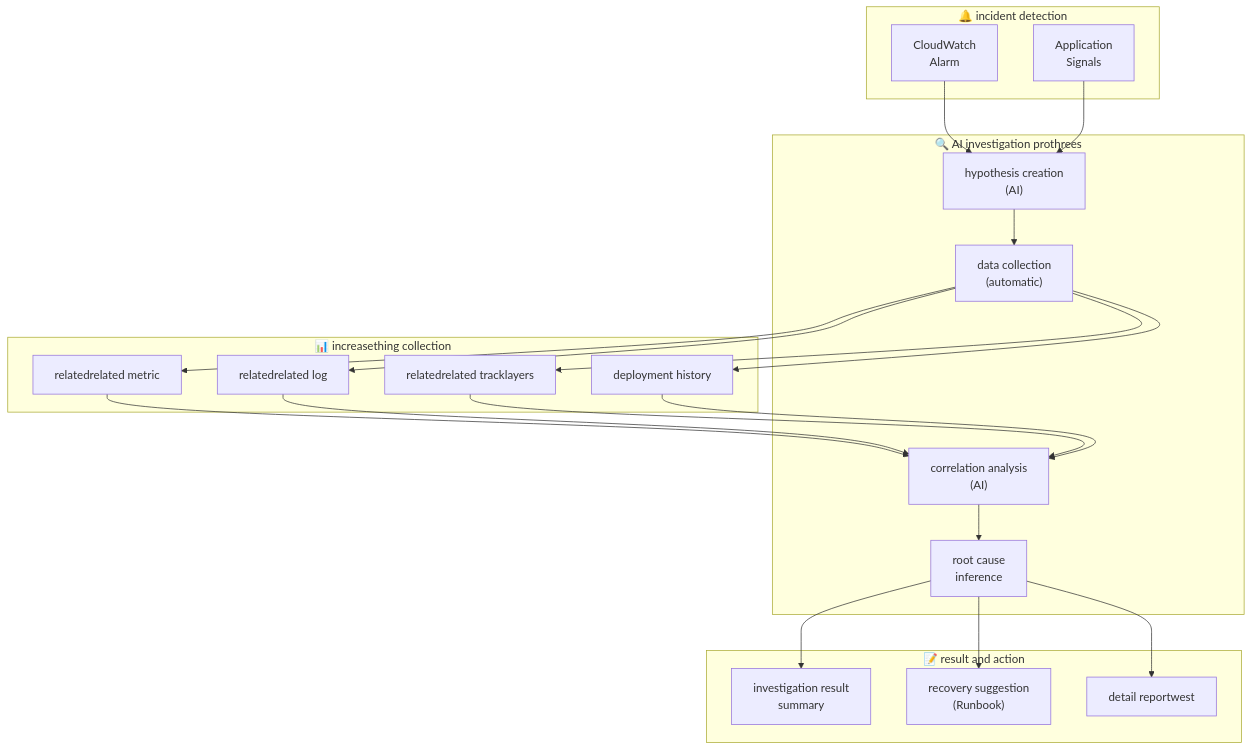
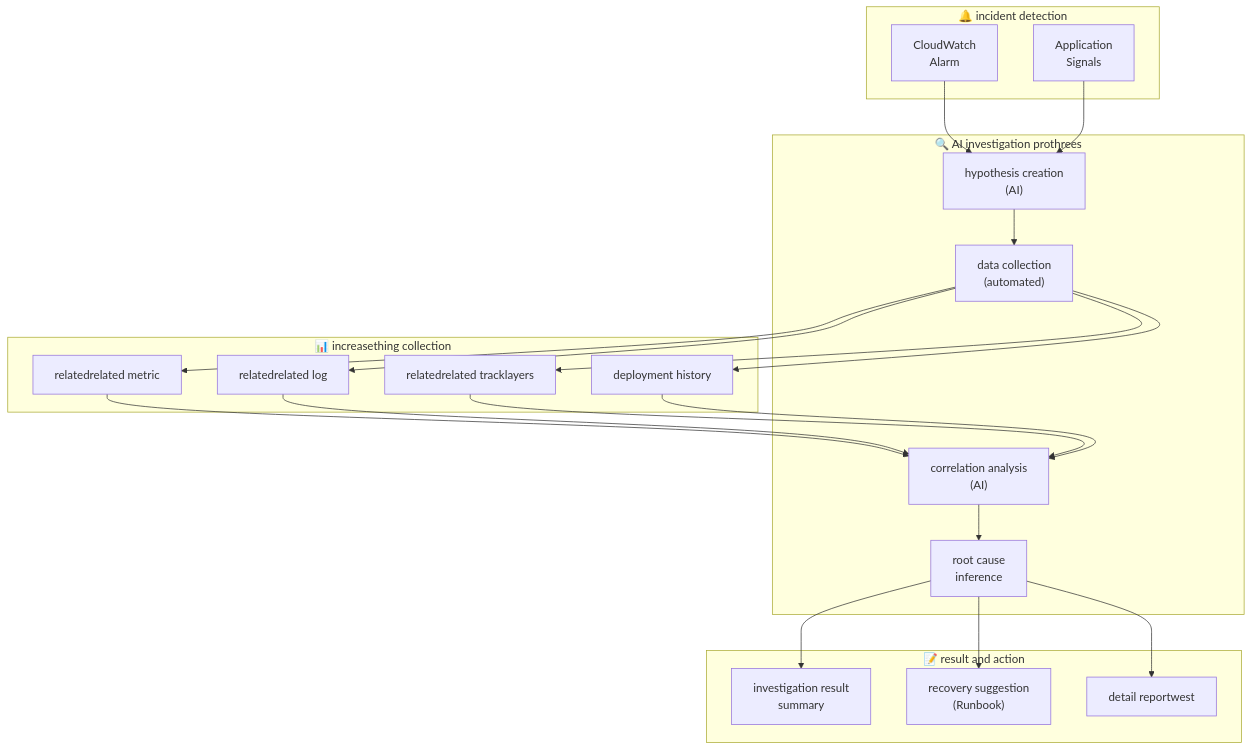
One commit to devfloor9/engineering-playbook changed the fifth of 13 diagrams in i18n/en/docusaurus-plugin-content-docs/current/aiops-aidlc/aiops-predictive-operations.md. Above: the diagram before and after it, drawn with Mermaid. The commit also changed other lines of this file, not shown here.

````diff
--- a/i18n/en/docusaurus-plugin-content-docs/current/aiops-aidlc/aiops-predictive-operations.md
+++ b/i18n/en/docusaurus-plugin-content-docs/current/aiops-aidlc/aiops-predictive-operations.md
@@ -1167,43 +1163,39 @@
 ```mermaid
 graph TD
 subgraph Trigger["🔔 incident detection"]
 ALARM["CloudWatch<br/>Alarm"]
 SIGNAL["Application<br/>Signals"]
 end
 
 subgraph Investigation["🔍 AI investigation prothrees"]
 HYPO["hypothesis creation<br/>(AI)"]
-COLLECT["data collection<br/>(automatic)"]
+COLLECT["data collection<br/>(automated)"]
 ANALYZE["correlation analysis<br/>(AI)"]
 ROOT["root cause<br/>inference"]
 end
 
 subgraph Evidence["📊 increasething collection"]
 METRICS["relatedrelated metric"]
 LOGS["relatedrelated log"]
 TRACES["relatedrelated tracklayers"]
 DEPLOY["deployment history"]
 end
 
 subgraph Output["📝 result and action"]
 SUMMARY["investigation result<br/>summary"]
 REMEDIATION["recovery suggestion<br/>(Runbook)"]
 REPORT["detail reportwest"]
 end
 
 ALARM --> HYPO
-SIGNAL --> HYPO
-HYPO --> COLLECT
-COLLECT --> METRICS
+SIGNAL --> HYPO --> COLLECT --> METRICS
 COLLECT --> LOGS
 COLLECT --> TRACES
 COLLECT --> DEPLOY
 METRICS --> ANALYZE
 LOGS --> ANALYZE
 TRACES --> ANALYZE
-DEPLOY --> ANALYZE
-ANALYZE --> ROOT
-ROOT --> SUMMARY
+DEPLOY --> ANALYZE --> ROOT --> SUMMARY
 ROOT --> REMEDIATION
 ROOT --> REPORT
 ```
````
